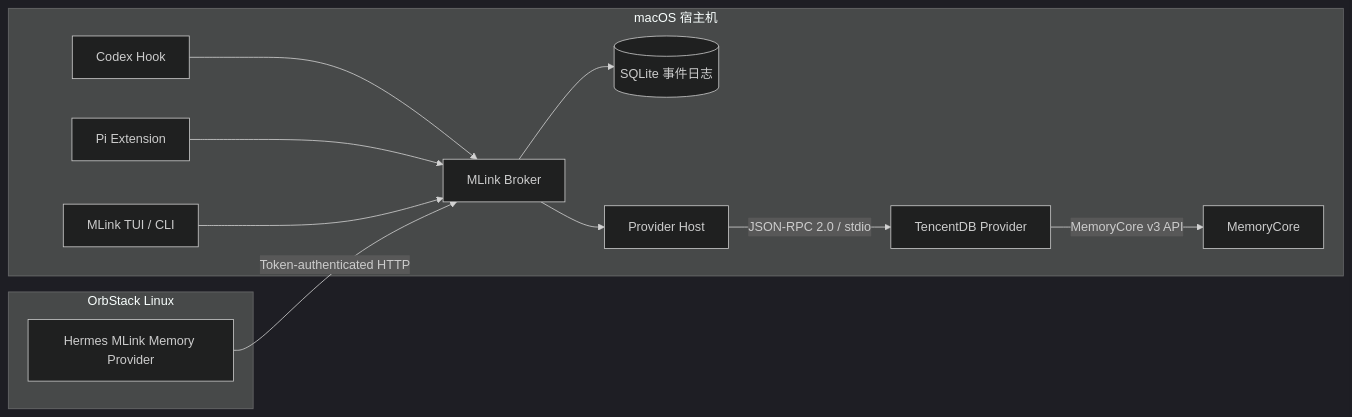
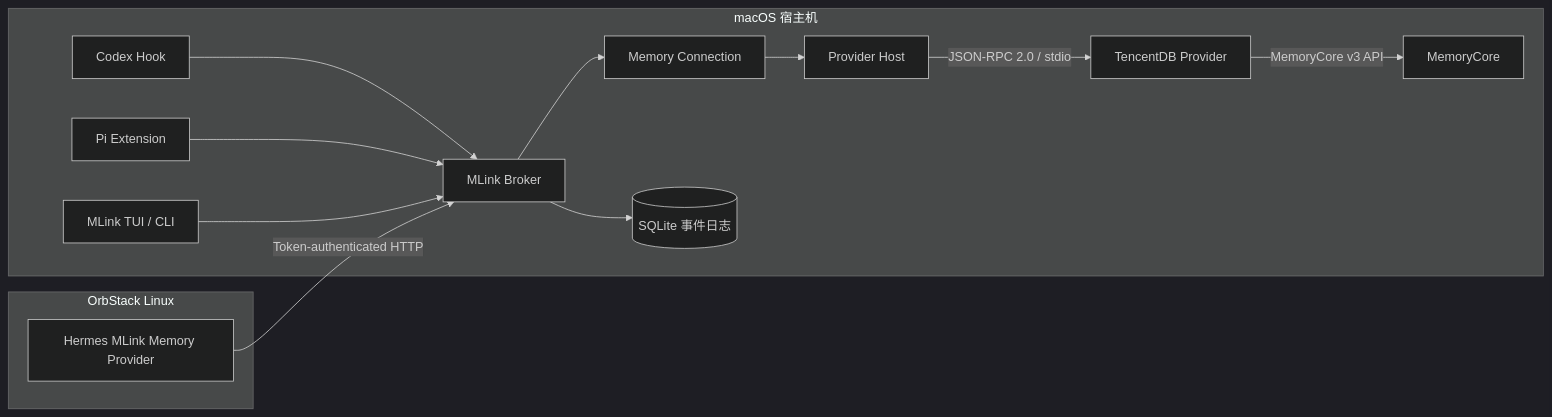
Before and after one commit to Chenkeliang/mlink: the first of 4 diagrams in docs/superpowers/specs/2026-08-28-mlink-mvp-design.md, drawn with Mermaid (dark theme). The commit also changed other lines of this file, not shown here.

````diff
--- a/docs/superpowers/specs/2026-08-28-mlink-mvp-design.md
+++ b/docs/superpowers/specs/2026-08-28-mlink-mvp-design.md
@@ -106,27 +109,29 @@
 ```mermaid
 flowchart LR
     subgraph Host[macOS 宿主机]
         C[Codex Hook]
         P[Pi Extension]
         T[MLink TUI / CLI]
         B[MLink Broker]
+        CN[Memory Connection]
         J[(SQLite 事件日志)]
         PH[Provider Host]
         TP[TencentDB Provider]
         MC[MemoryCore]
 
         C --> B
         P --> B
         T --> B
         B --> J
-        B --> PH
+        B --> CN
+        CN --> PH
         PH -->|JSON-RPC 2.0 / stdio| TP
         TP -->|MemoryCore v3 API| MC
     end
 
     subgraph Orb[OrbStack Linux]
         H[Hermes MLink Memory Provider]
     end
 
     H -->|Token-authenticated HTTP| B
 ```
````
